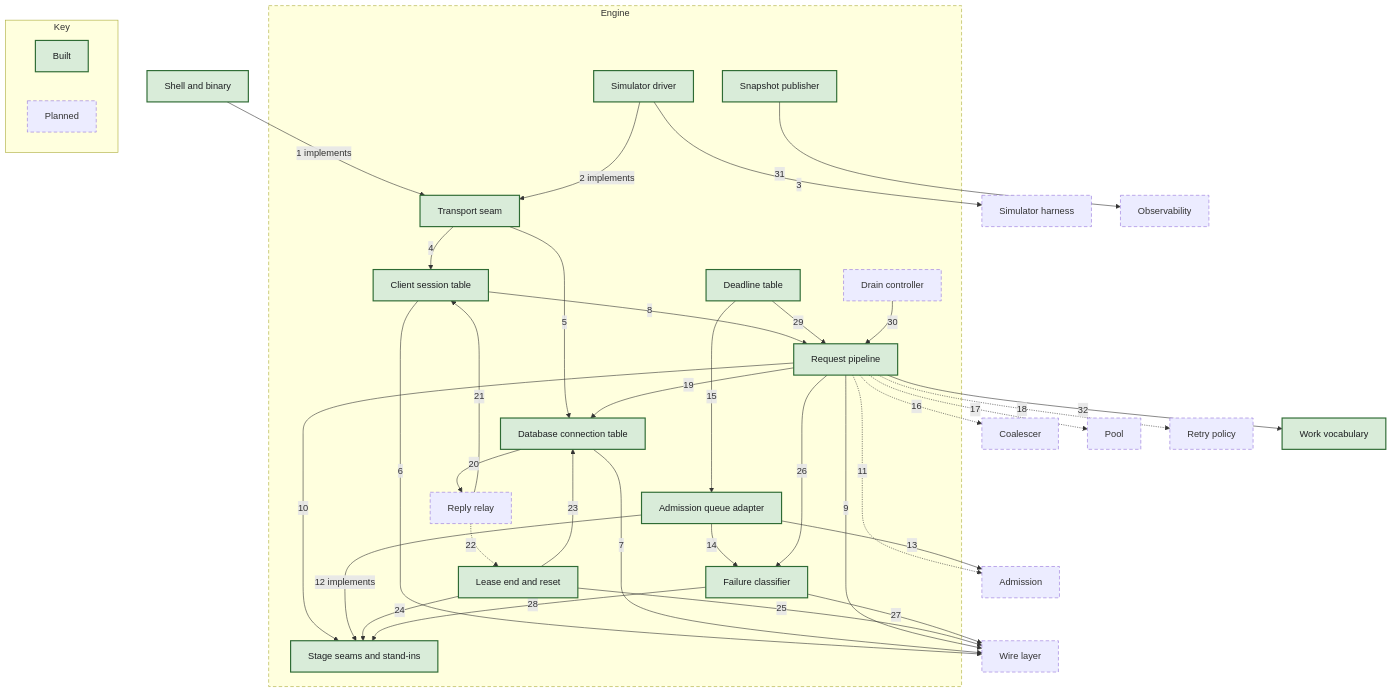
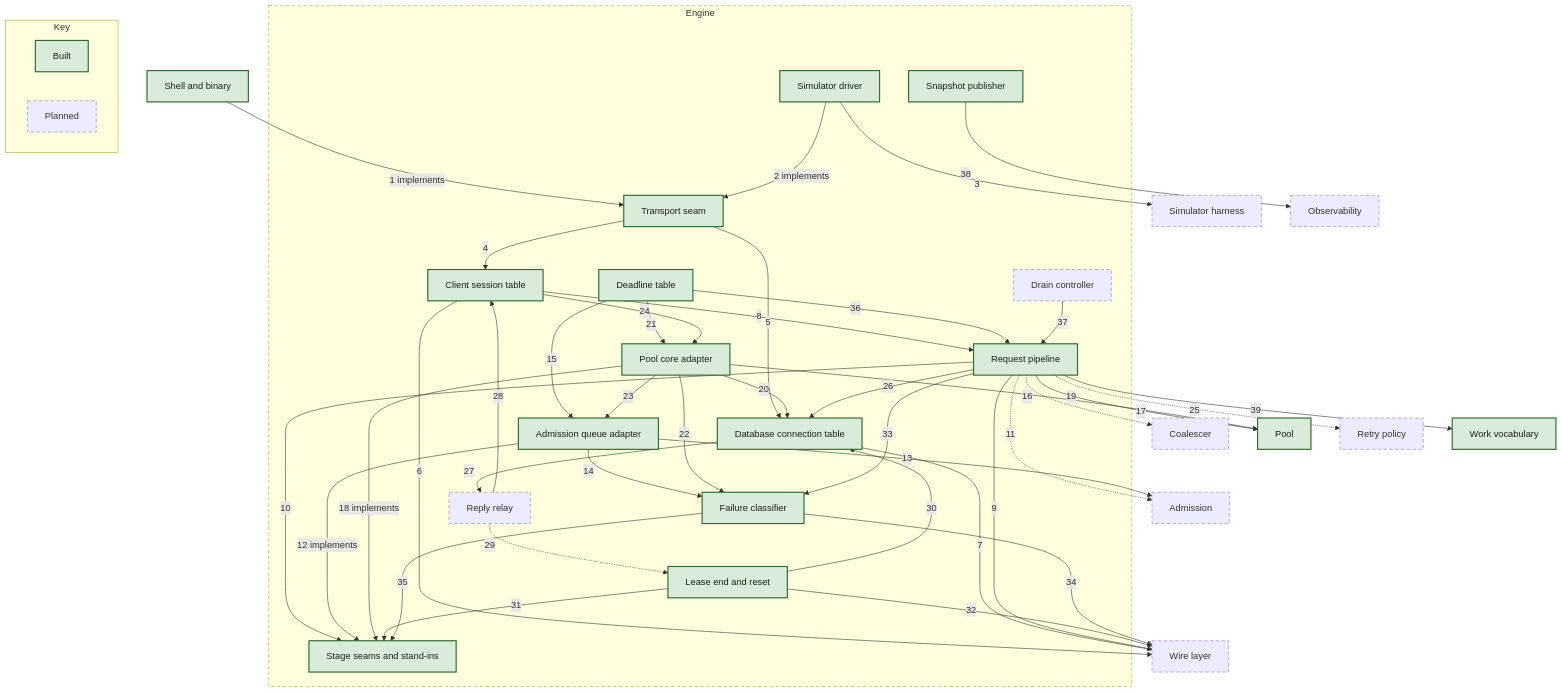
Before and after one commit to nickstrad/mini-gateway: the diagram in docs/c4/diagrams/05-component-engine.mmd, drawn with Mermaid. The commit also changed 19 other files, not shown here.

First line of the commit message:
c4: mark chunk 7's pool built, draw its wiring, and say chunks 0–8 plainly

```diff
--- a/docs/c4/diagrams/05-component-engine.mmd
+++ b/docs/c4/diagrams/05-component-engine.mmd
@@ -1,64 +1,72 @@
 flowchart TB
   N_SHELL["Shell and binary"]:::built
   N_SIM["Simulator harness"]:::planned
   N_PGWIRE["Wire layer"]:::planned
   N_ADM["Admission"]:::planned
   N_COAL["Coalescer"]:::planned
-  N_POOL["Pool"]:::planned
+  N_POOL["Pool"]:::built
   N_RETRY["Retry policy"]:::planned
   N_OBS["Observability"]:::planned
   N_WORK["Work vocabulary"]:::built
   subgraph SCOPE["Engine"]
     E_TRANSPORT["Transport seam"]:::built
     E_SESSIONS["Client session table"]:::built
     E_BACKENDS["Database connection table"]:::built
     E_PIPELINE["Request pipeline"]:::built
     E_SEAMS["Stage seams and stand-ins"]:::built
     E_RESET["Lease end and reset"]:::built
     E_RELAY["Reply relay"]:::planned
     E_FAIL["Failure classifier"]:::built
     E_CLOCK["Deadline table"]:::built
     E_DRAIN["Drain controller"]:::planned
     E_PUBLISH["Snapshot publisher"]:::built
     E_PROXYSIM["Simulator driver"]:::built
     E_ADMQ["Admission queue adapter"]:::built
+    E_COREPOOL["Pool core adapter"]:::built
   end
   N_SHELL -->|1 implements| E_TRANSPORT
   E_PROXYSIM -->|2 implements| E_TRANSPORT
   E_PROXYSIM -->|3| N_SIM
   E_TRANSPORT -->|4| E_SESSIONS
   E_TRANSPORT -->|5| E_BACKENDS
   E_SESSIONS -->|6| N_PGWIRE
   E_BACKENDS -->|7| N_PGWIRE
   E_SESSIONS -->|8| E_PIPELINE
   E_PIPELINE -->|9| N_PGWIRE
   E_PIPELINE -->|10| E_SEAMS
   E_PIPELINE -.->|11| N_ADM
   E_ADMQ -->|12 implements| E_SEAMS
   E_ADMQ -->|13| N_ADM
   E_ADMQ -->|14| E_FAIL
   E_CLOCK -->|15| E_ADMQ
   E_PIPELINE -.->|16| N_COAL
-  E_PIPELINE -.->|17| N_POOL
-  E_PIPELINE -.->|18| N_RETRY
-  E_PIPELINE -->|19| E_BACKENDS
-  E_BACKENDS -->|20| E_RELAY
-  E_RELAY -->|21| E_SESSIONS
-  E_RELAY -.->|22| E_RESET
-  E_RESET -->|23| E_BACKENDS
-  E_RESET -->|24| E_SEAMS
-  E_RESET -->|25| N_PGWIRE
-  E_PIPELINE -->|26| E_FAIL
-  E_FAIL -->|27| N_PGWIRE
-  E_FAIL -->|28| E_SEAMS
-  E_CLOCK -->|29| E_PIPELINE
-  E_DRAIN -->|30| E_PIPELINE
-  E_PUBLISH -->|31| N_OBS
-  E_PIPELINE -->|32| N_WORK
+  E_PIPELINE -->|17| N_POOL
+  E_COREPOOL -->|18 implements| E_SEAMS
+  E_COREPOOL -->|19| N_POOL
+  E_COREPOOL -->|20| E_BACKENDS
+  E_CLOCK -->|21| E_COREPOOL
+  E_COREPOOL -->|22| E_FAIL
+  E_COREPOOL -->|23| E_ADMQ
+  E_SESSIONS -->|24| E_COREPOOL
+  E_PIPELINE -.->|25| N_RETRY
+  E_PIPELINE -->|26| E_BACKENDS
+  E_BACKENDS -->|27| E_RELAY
+  E_RELAY -->|28| E_SESSIONS
+  E_RELAY -.->|29| E_RESET
+  E_RESET -->|30| E_BACKENDS
+  E_RESET -->|31| E_SEAMS
+  E_RESET -->|32| N_PGWIRE
+  E_PIPELINE -->|33| E_FAIL
+  E_FAIL -->|34| N_PGWIRE
+  E_FAIL -->|35| E_SEAMS
+  E_CLOCK -->|36| E_PIPELINE
+  E_DRAIN -->|37| E_PIPELINE
+  E_PUBLISH -->|38| N_OBS
+  E_PIPELINE -->|39| N_WORK
   subgraph KEY["Key"]
     KEY_BUILT["Built"]:::built
     KEY_PLANNED["Planned"]:::planned
   end
   classDef built fill:#d9ecd9,stroke:#2e6b34,stroke-width:2px,color:#1c1e21
   classDef planned stroke-width:1px,stroke-dasharray:6 4
   style SCOPE stroke-dasharray:6 4
```
